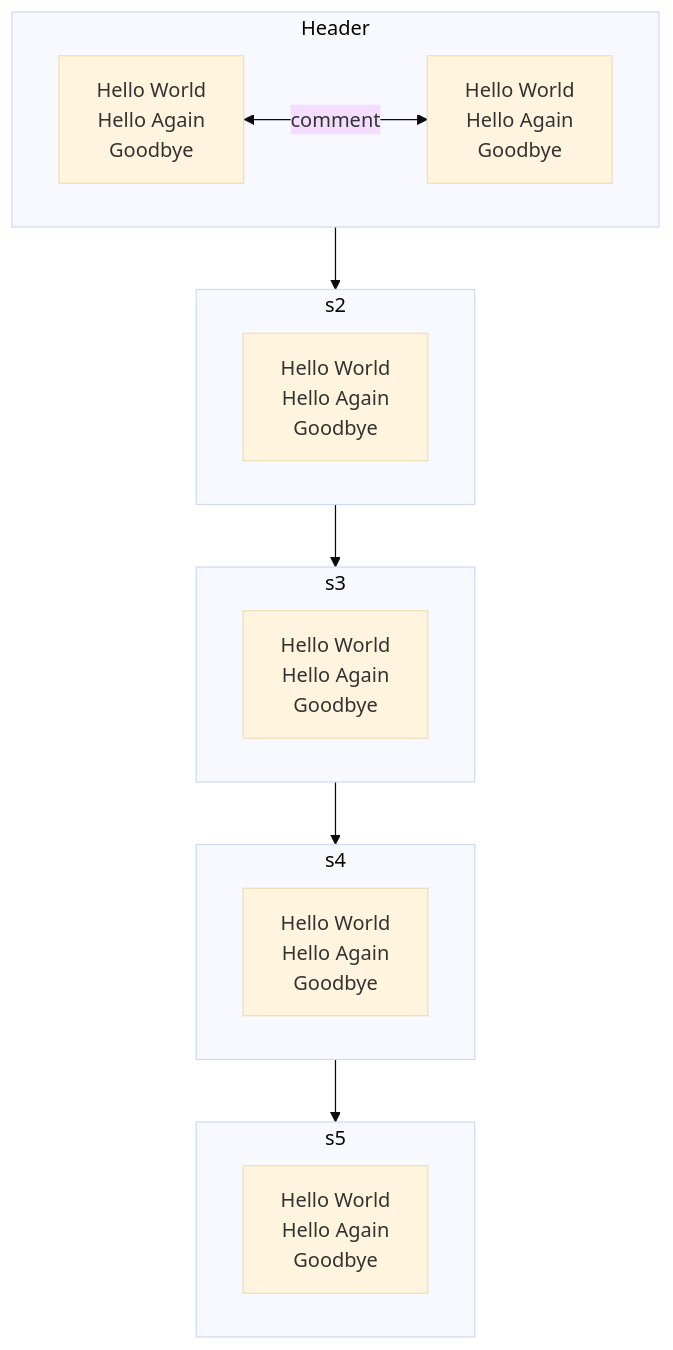
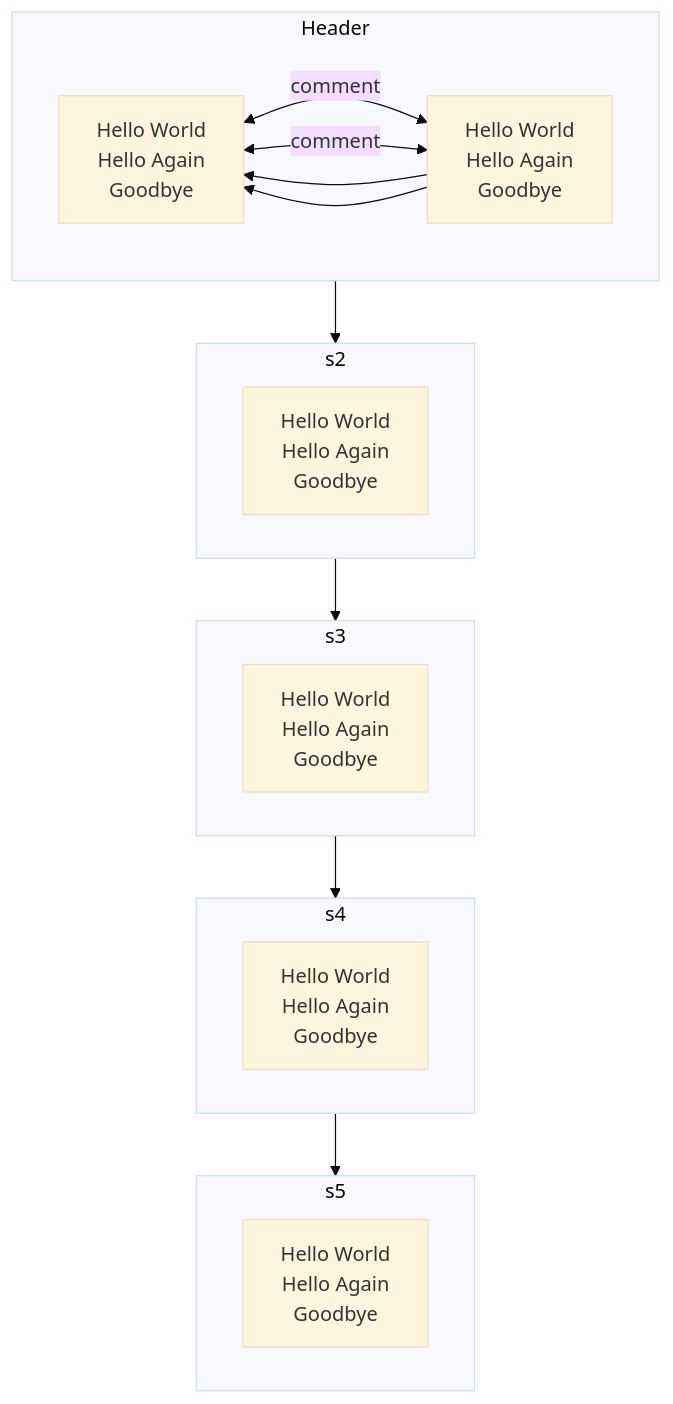
The diagram in daily/2023-05-13.md (Alex-Rafter/wiki), drawn with Mermaid (base theme) before and after one commit.

````diff
--- a/daily/2023-05-13.md
+++ b/daily/2023-05-13.md
@@ -5,61 +5,61 @@
 ```mermaid
 
 flowchart TD
 s1 --> s2
 s2 --> s3
 s3 --> s4
 s4 --> s5
 
 subgraph s1["Header"]
 
 direction LR
 
 s1Problems["
     Hello World
     Hello Again
     Goodbye
     "]
 
 s1DesProblems["
     Hello World
     Hello Again
     Goodbye
 "]
 
-s1Problems <-- comment--> s1DesProblems
+s1Problems <-- comment--> s1DesProblems & s1DesProblems --> s1Problems
 
 end
 
 subgraph s2
 s2Problems["
     Hello World
     Hello Again
     Goodbye
     "]
 end
 
 subgraph s3
 s3Problems["
     Hello World
     Hello Again
     Goodbye
     "]
 end
 
 subgraph s4
 s4Problems["
     Hello World
     Hello Again
     Goodbye
     "]
 end
 
 subgraph s5
 s5Problems["
     Hello World
     Hello Again
     Goodbye
     "]
 end
 
 ```
````
